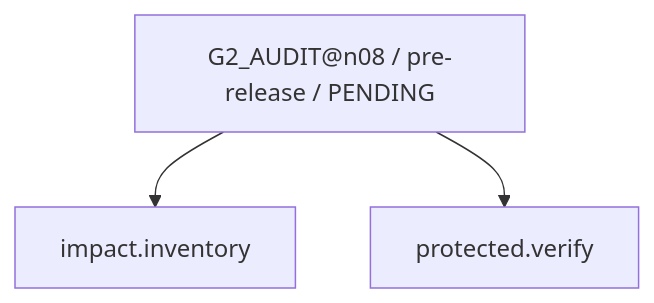
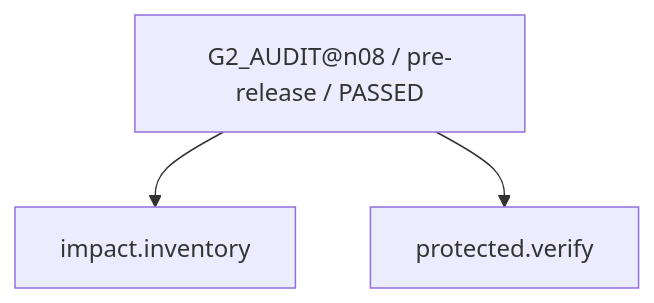
Before and after one commit to rrikunagasige-dot/kyotsu-step-web: diagram 13 of 17 in work/items/W-MATH-037-n08-workflow-trial/generated/CAPABILITY_FIRE_DIAGRAM.md, drawn with Mermaid. The commit also changed other lines of this file and 85 other files, not shown here.

````diff
--- a/work/items/W-MATH-037-n08-workflow-trial/generated/CAPABILITY_FIRE_DIAGRAM.md
+++ b/work/items/W-MATH-037-n08-workflow-trial/generated/CAPABILITY_FIRE_DIAGRAM.md
@@ -211,8 +211,8 @@
 ```mermaid
 flowchart TD
-  N0["G2_AUDIT@n08 / pre-release / PENDING"]
+  N0["G2_AUDIT@n08 / pre-release / PASSED"]
   N1["protected.verify"]
   N2["impact.inventory"]
   N0 --> N2
   N0 --> N1
 ```
````
